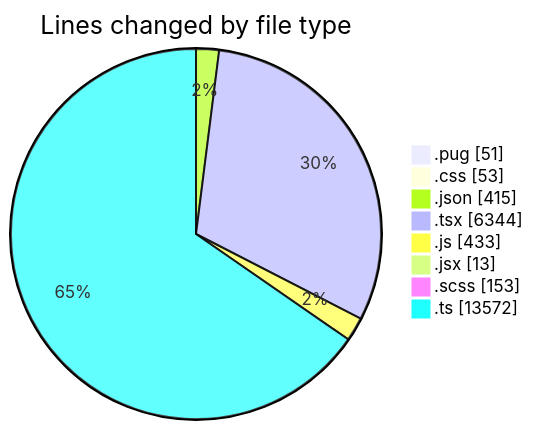
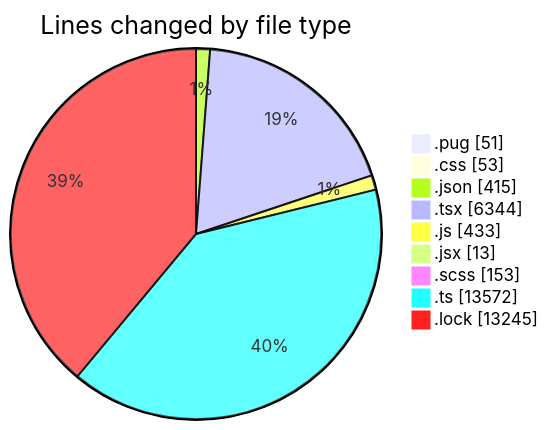
One commit to momahboobian/code-tracking changed the first of 2 diagrams in 2025-11-06/cda/README.md. Above: the diagram before and after it, drawn with Mermaid. The commit also changed other lines of this file and 1 other file, not shown here.

````diff
--- a/2025-11-06/cda/README.md
+++ b/2025-11-06/cda/README.md
@@ -46,12 +47,13 @@
 ```mermaid
 pie showData
 title Lines changed by file type
 ".pug" : 51
 ".css" : 53
 ".json" : 415
 ".tsx" : 6344
 ".js" : 433
 ".jsx" : 13
 ".scss" : 153
 ".ts" : 13572
+".lock" : 13245
 ```
````
